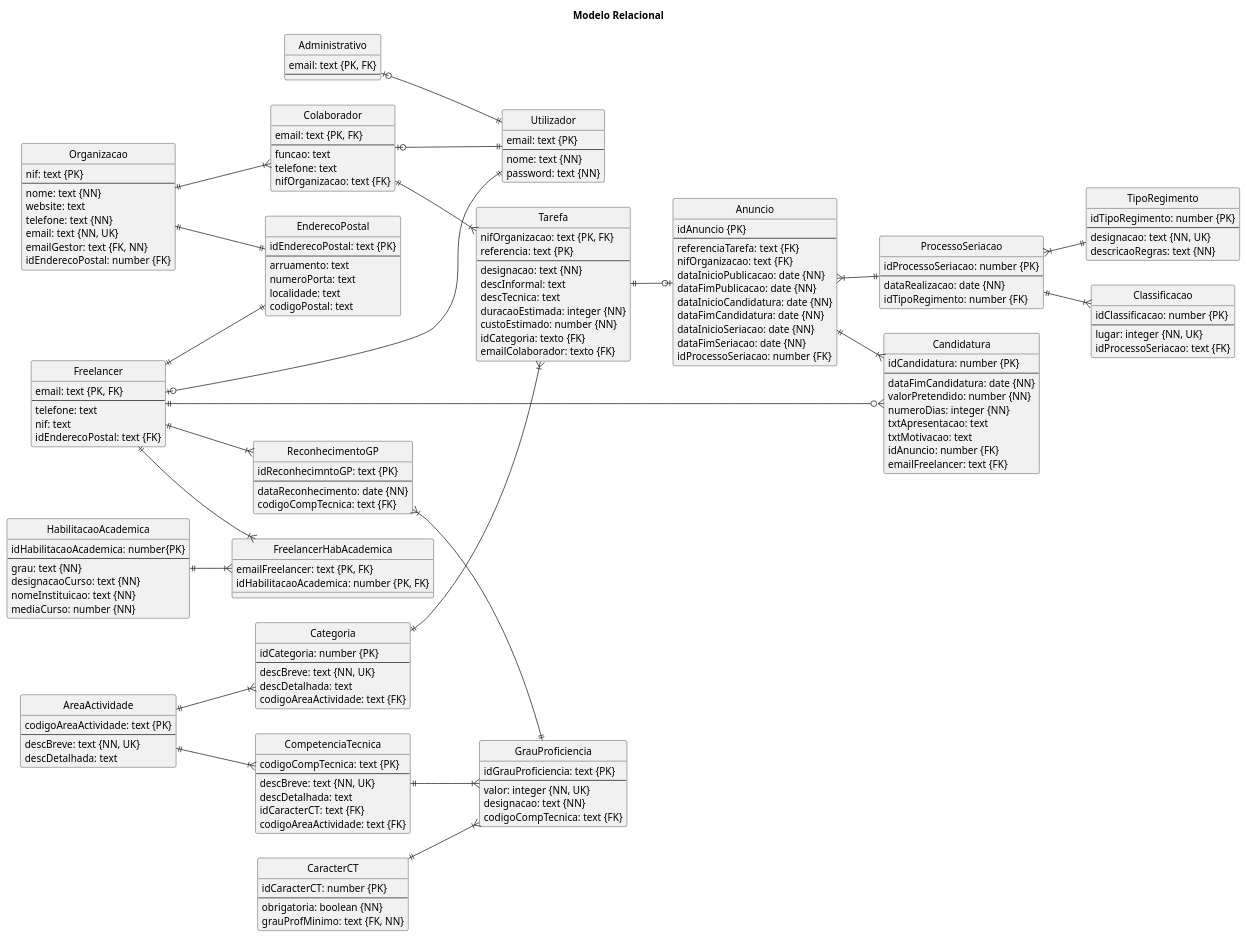
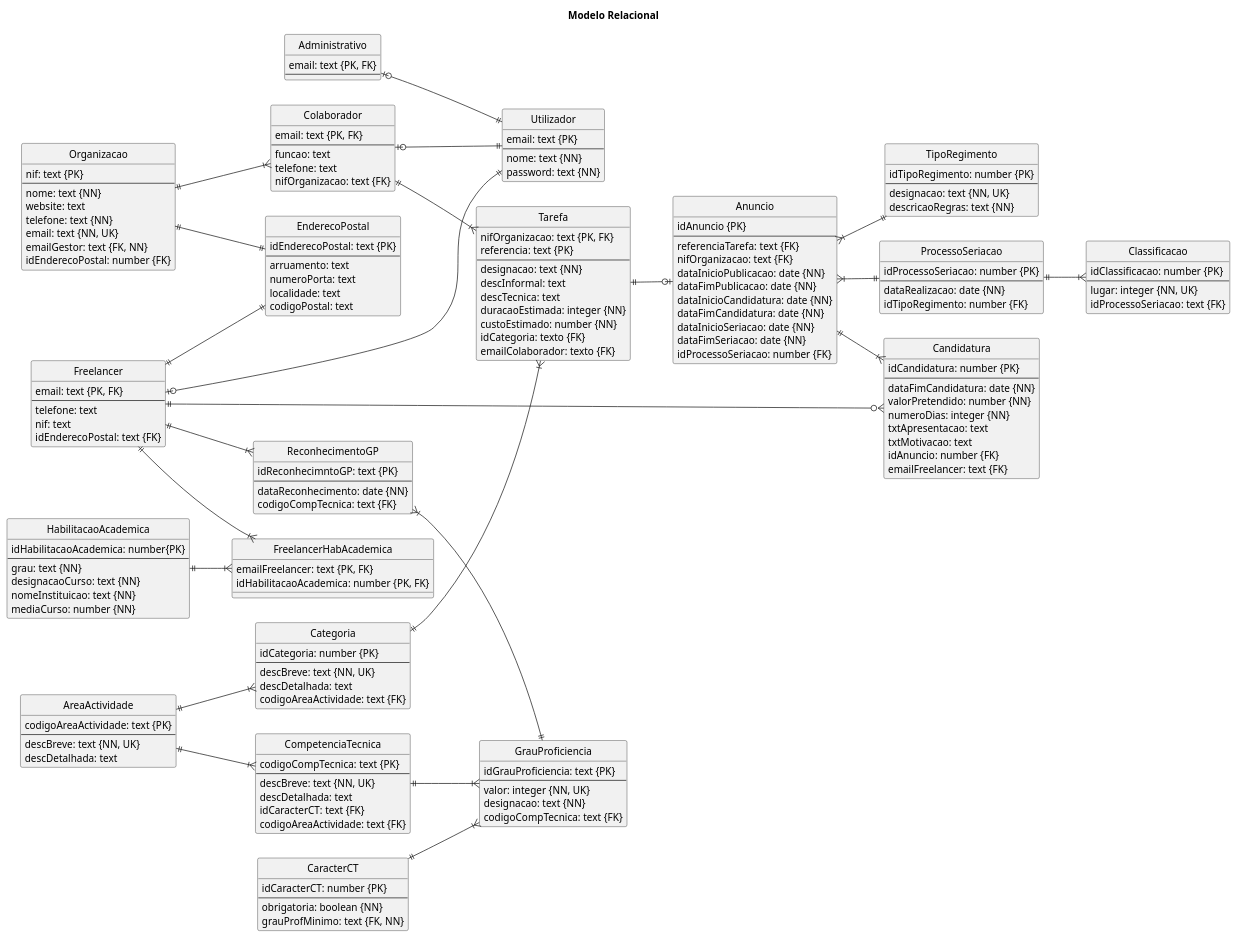
Before and after one commit to blestonbandeiraUPSKILL/upskill_java1_labprg_grupo2: the diagram in BaseDados/Modelo_Relacional.puml, drawn with PlantUML. The commit also changed 6 other files, not shown here.

```diff
--- a/BaseDados/Modelo_Relacional.puml
+++ b/BaseDados/Modelo_Relacional.puml
@@ -113,7 +113,6 @@
     idProcessoSeriacao: number {FK}
 }
 
-'tiporegimento ligado a anúncio
 
 entity "ProcessoSeriacao" {
     idProcessoSeriacao: number {PK}
@@ -191,7 +190,7 @@
 Organizacao ||--|| EnderecoPostal
 Freelancer ||--|| EnderecoPostal
 Anuncio }|--|| ProcessoSeriacao
-ProcessoSeriacao }|--|| TipoRegimento
+Anuncio }|--|| TipoRegimento
 ProcessoSeriacao ||--|{ Classificacao
 Freelancer ||--|{ FreelancerHabAcademica
 HabilitacaoAcademica ||--|{ FreelancerHabAcademica
```
